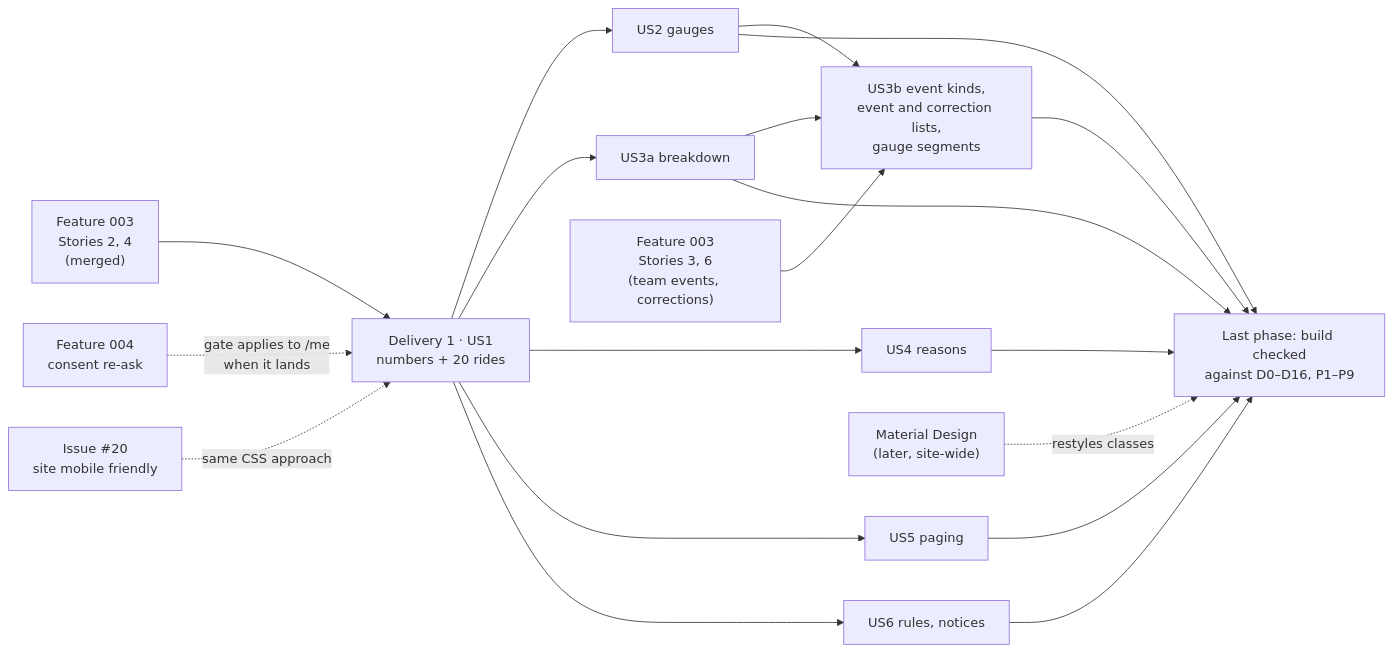
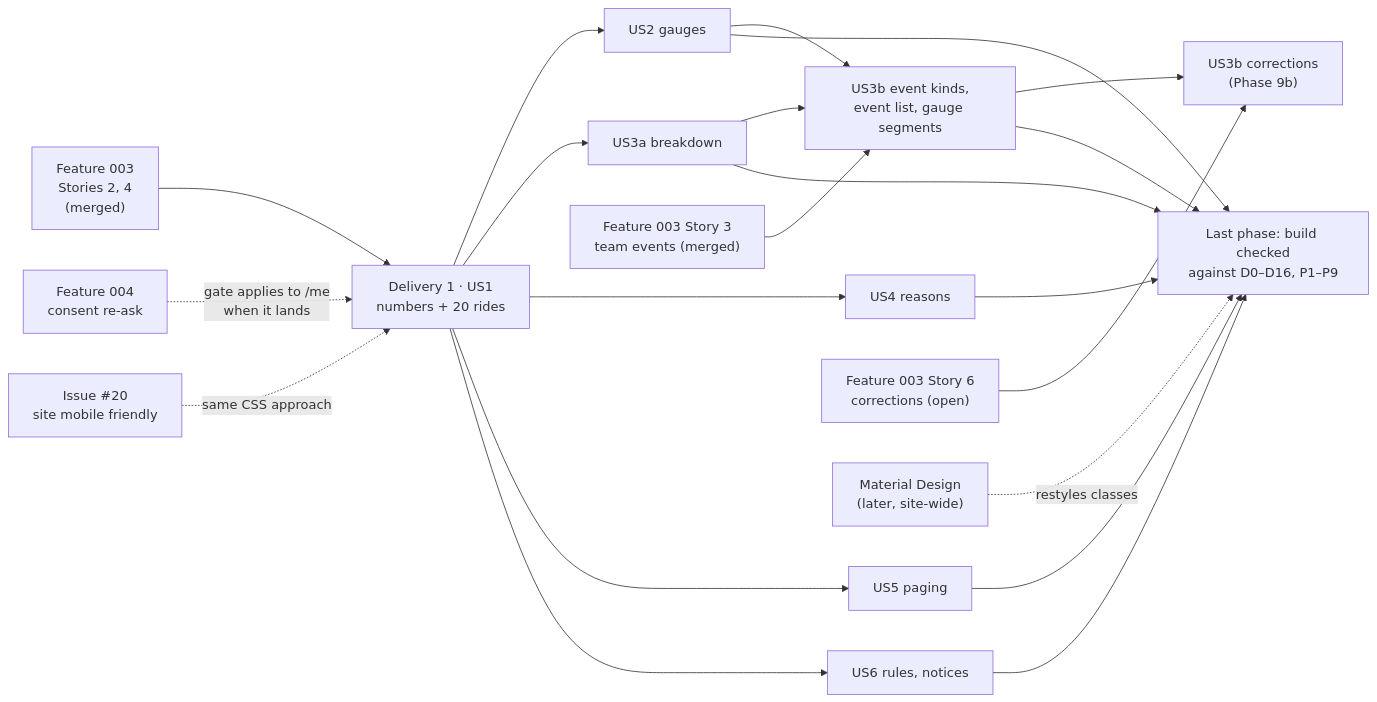
One commit to SaSteffen/RynkePoints changed the ninth of 9 diagrams in specs/005-rider-view/plan.md. Above: the diagram before and after it, drawn with Mermaid. The commit also changed other lines of this file and 2 other files, not shown here.

Commit message:
docs: check rider view diagrams against the build

````diff
--- a/specs/005-rider-view/plan.md
+++ b/specs/005-rider-view/plan.md
@@ -416,16 +431,18 @@
 ```mermaid
 flowchart LR
     f003["Feature 003<br/>Stories 2, 4<br/>(merged)"] --> d1["Delivery 1 · US1<br/>numbers + 20 rides"]
     d1 --> d2["US2 gauges"]
     d1 --> d3["US3a breakdown"]
     d1 --> d4["US4 reasons"]
     d1 --> d5["US5 paging"]
     d1 --> d6["US6 rules, notices"]
-    s36["Feature 003<br/>Stories 3, 6<br/>(team events, corrections)"] --> d7["US3b event kinds,<br/>event and correction lists,<br/>gauge segments"]
+    s3["Feature 003 Story 3<br/>team events (merged)"] --> d7["US3b event kinds,<br/>event list, gauge segments"]
+    s6["Feature 003 Story 6<br/>corrections (open)"] --> d8["US3b corrections<br/>(Phase 9b)"]
+    d7 --> d8
     d3 --> d7
     d2 --> d7
     d2 & d3 & d4 & d5 & d6 & d7 --> chk["Last phase: build checked<br/>against D0–D16, P1–P9"]
     f004["Feature 004<br/>consent re-ask"] -. "gate applies to /me<br/>when it lands" .-> d1
     i20["Issue #20<br/>site mobile friendly"] -. "same CSS approach" .-> d1
     md["Material Design<br/>(later, site-wide)"] -. "restyles classes" .-> chk
 ```
````
